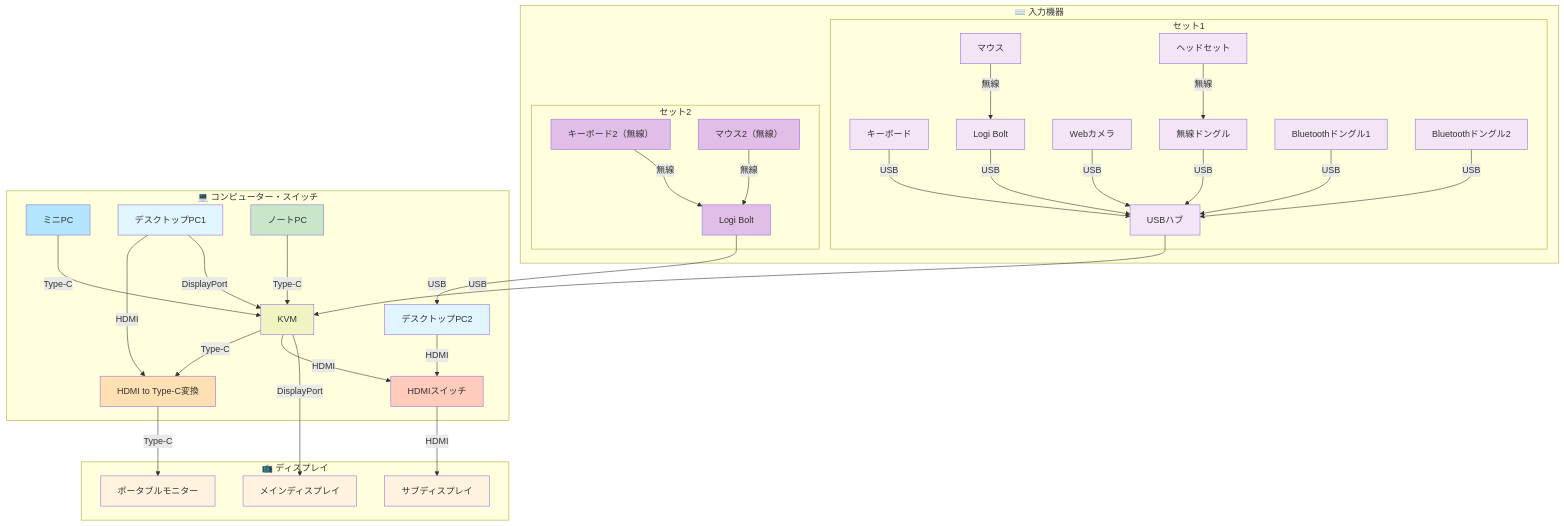
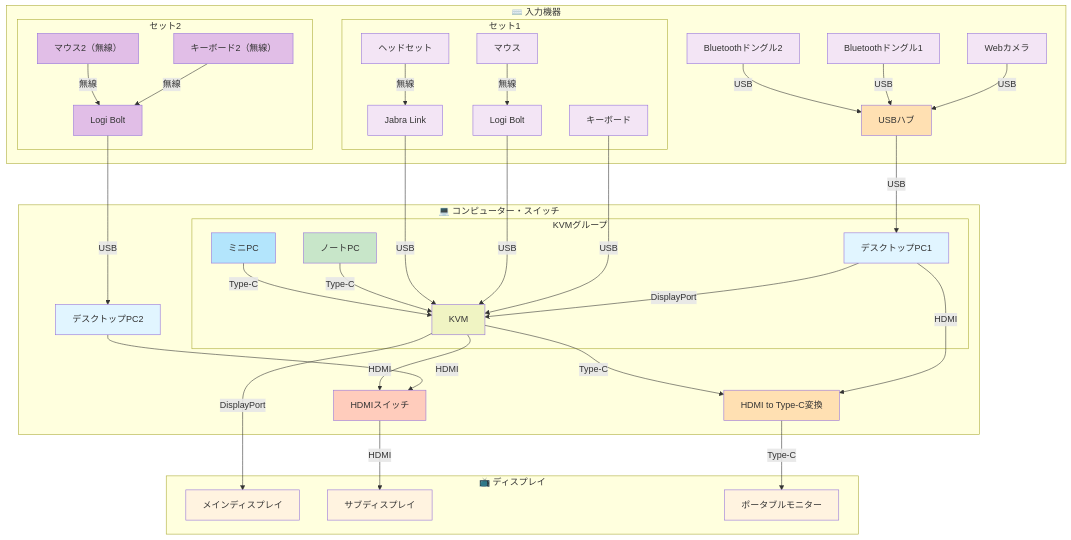
Before and after one commit to nuitsjp/MyEnvironments: the diagram in デスク設計.md, drawn with Mermaid. The commit also changed other lines of this file, not shown here.

Commit message:
接続図のセット2を整理し、KVMグループの構成を明確化。Jabra Linkを追加し、デバイス一覧を更新。USBハブのスタイルを修正。

```diff
--- a/デスク設計.md
+++ b/デスク設計.md
@@ -9,12 +9,8 @@
             KB["キーボード"]
             MOUSE["マウス"]
             LOGIBOLT1["Logi Bolt"]
-            WEBCAM["Webカメラ"]
             HEADSET["ヘッドセット"]
-            WSDONGLE["無線ドングル"]
-            BT1["Bluetoothドングル1"]
-            BT2["Bluetoothドングル2"]
-            USBHUB["USBハブ"]
+            JABRALINK["Jabra Link"]
         end
 
         subgraph SET2["セット2"]
@@ -22,18 +18,26 @@
             MOUSE2["マウス2（無線）"]
             LOGIBOLT["Logi Bolt"]
         end
+
+        WEBCAM["Webカメラ"]
+        BT1["Bluetoothドングル1"]
+        BT2["Bluetoothドングル2"]
+        USBHUB["USBハブ"]
     end
 
     INPUT ~~~ SWITCH
 
     subgraph SWITCH["💻 コンピューター・スイッチ"]
-        KVM["KVM"]
+        subgraph KVM_GROUP["KVMグループ"]
+            MINIPC["ミニPC"]
+            PC1["デスクトップPC1"]
+            NOTEBOOK["ノートPC"]
+            KVM["KVM"]
+        end
+        
         HUB1["HDMI to Type-C変換"]
         HDMISW["HDMIスイッチ"]
         PC2["デスクトップPC2"]
-        MINIPC["ミニPC"]
-        PC1["デスクトップPC1"]
-        NOTEBOOK["ノートPC"]
     end
 
     subgraph DISPLAYS["📺 ディスプレイ"]
@@ -45,8 +49,12 @@
     PC1 -->|DisplayPort| KVM
     PC1 -->|HDMI| HUB1
 
+    HEADSET -->|無線| JABRALINK
+
+    KB -->|USB| KVM
+    LOGIBOLT1 -->|USB| KVM
+    JABRALINK -->|USB| KVM
     NOTEBOOK -->|Type-C| KVM
-
     MINIPC -->|Type-C| KVM
 
     PC2 -->|HDMI| HDMISW
@@ -62,17 +70,13 @@
 
     HUB1 -->|Type-C| DIS3
 
-    KB -->|USB| USBHUB
     MOUSE -->|無線| LOGIBOLT1
-    LOGIBOLT1 -->|USB| USBHUB
     WEBCAM -->|USB| USBHUB
-    USBHUB -->|USB| KVM
+    USBHUB -->|USB| PC1
 
     BT1 -->|USB| USBHUB
     BT2 -->|USB| USBHUB
 
-    HEADSET -->|無線| WSDONGLE
-    WSDONGLE -->|USB| USBHUB
 
     style PC1 fill:#e1f5ff
     style PC2 fill:#e1f5ff
@@ -81,7 +85,7 @@
     style KVM fill:#f0f4c3
     style HUB1 fill:#ffe0b2
     style HDMISW fill:#ffccbc
-    style USBHUB fill:#f3e5f5
+    style USBHUB fill:#ffe0b2
     style BT1 fill:#f3e5f5
     style BT2 fill:#f3e5f5
     style DIS1 fill:#fff3e0
@@ -91,7 +95,7 @@
     style MOUSE fill:#f3e5f5
     style WEBCAM fill:#f3e5f5
     style HEADSET fill:#f3e5f5
-    style WSDONGLE fill:#f3e5f5
+    style JABRALINK fill:#f3e5f5
     style KB2 fill:#e1bee7
     style MOUSE2 fill:#e1bee7
     style LOGIBOLT fill:#e1bee7
```
